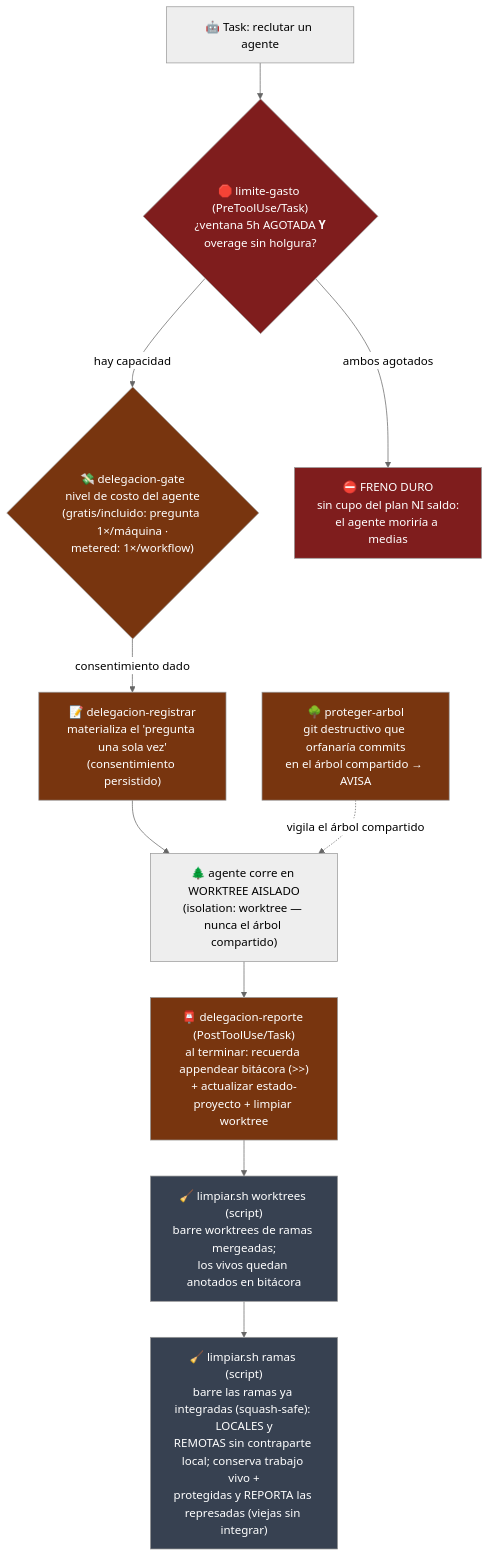
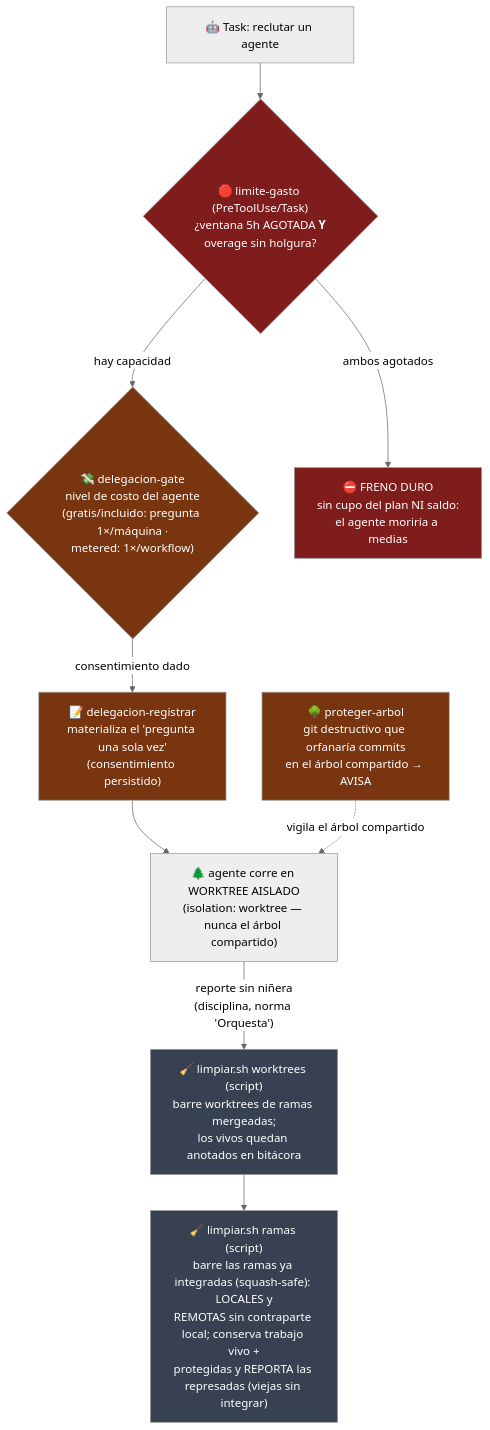
Before and after one commit to unjordi/cortex: the third of 4 diagrams in docs/mapa-cerebro.md, drawn with Mermaid (neutral theme). The commit also changed other lines of this file, not shown here.

````diff
--- a/docs/mapa-cerebro.md
+++ b/docs/mapa-cerebro.md
@@ -134,32 +128,29 @@
 ```mermaid
 flowchart TB
     TASK["🤖 Task: reclutar un agente"]
     LG{"🛑 limite-gasto (PreToolUse/Task)<br/>¿ventana 5h AGOTADA <b>Y</b><br/>overage sin holgura?"}
     DG{"💸 delegacion-gate<br/>nivel de costo del agente<br/>(gratis/incluido: pregunta 1×/máquina ·<br/>metered: 1×/workflow)"}
     REG["📝 delegacion-registrar<br/>materializa el 'pregunta una sola vez'<br/>(consentimiento persistido)"]
     WT["🌲 agente corre en WORKTREE AISLADO<br/>(isolation: worktree — nunca el árbol compartido)"]
     PA["🌳 proteger-arbol<br/>git destructivo que orfanaría commits<br/>en el árbol compartido → AVISA"]
-    REP["📮 delegacion-reporte (PostToolUse/Task)<br/>al terminar: recuerda appendear bitácora (>>)<br/>+ actualizar estado-proyecto + limpiar worktree"]
     LW["🧹 limpiar.sh worktrees (script)<br/>barre worktrees de ramas mergeadas;<br/>los vivos quedan anotados en bitácora"]
     LR["🧹 limpiar.sh ramas (script)<br/>barre las ramas ya integradas (squash-safe): LOCALES y<br/>REMOTAS sin contraparte local; conserva trabajo vivo +<br/>protegidas y REPORTA las represadas (viejas sin integrar)"]
     FRENO["⛔ FRENO DURO<br/>sin cupo del plan NI saldo:<br/>el agente moriría a medias"]
 
     TASK --> LG
     LG -->|"ambos agotados"| FRENO
     LG -->|"hay capacidad"| DG
     DG -->|"consentimiento dado"| REG
     REG --> WT
     PA -.->|"vigila el árbol compartido"| WT
-    WT --> REP
-    REP --> LW
+    WT -->|"reporte sin niñera<br/>(disciplina, norma 'Orquesta')"| LW
     LW --> LR
 
     style LG fill:#7f1d1d,color:#fff
     style FRENO fill:#7f1d1d,color:#fff
     style DG fill:#78350f,color:#fff
     style REG fill:#78350f,color:#fff
-    style REP fill:#78350f,color:#fff
     style PA fill:#78350f,color:#fff
     style LW fill:#374151,color:#fff
     style LR fill:#374151,color:#fff
 ```
````
